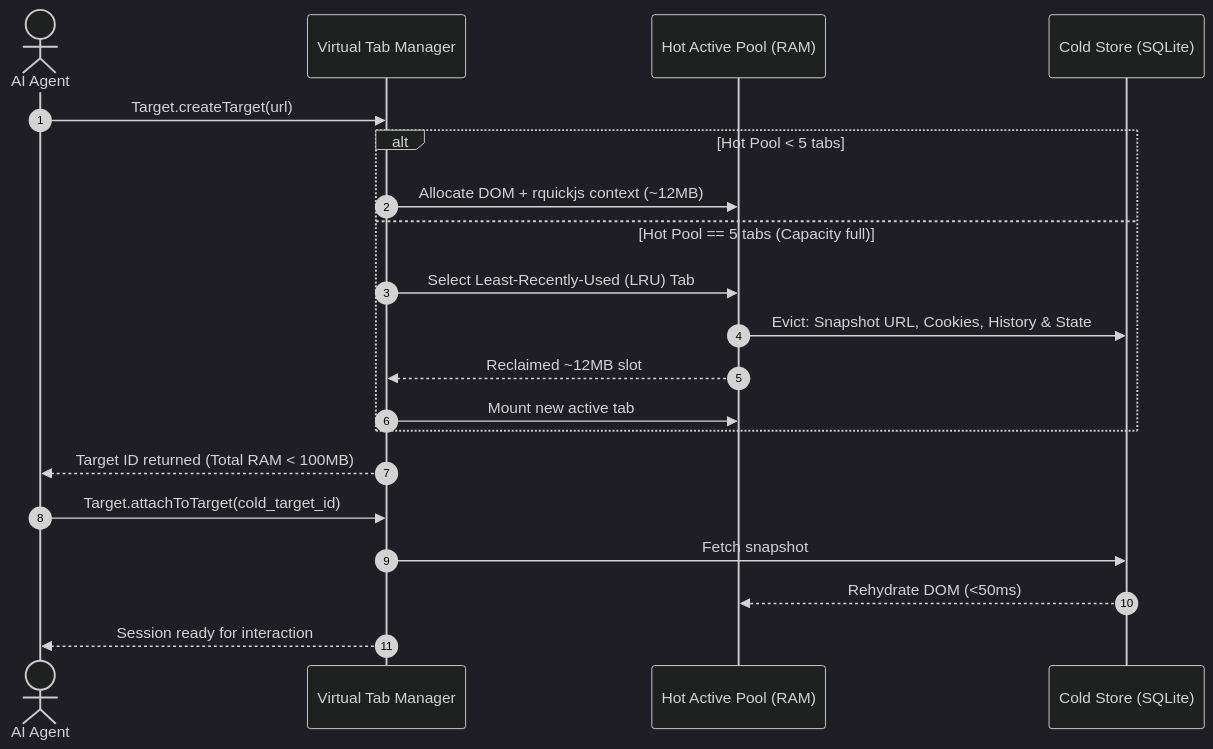
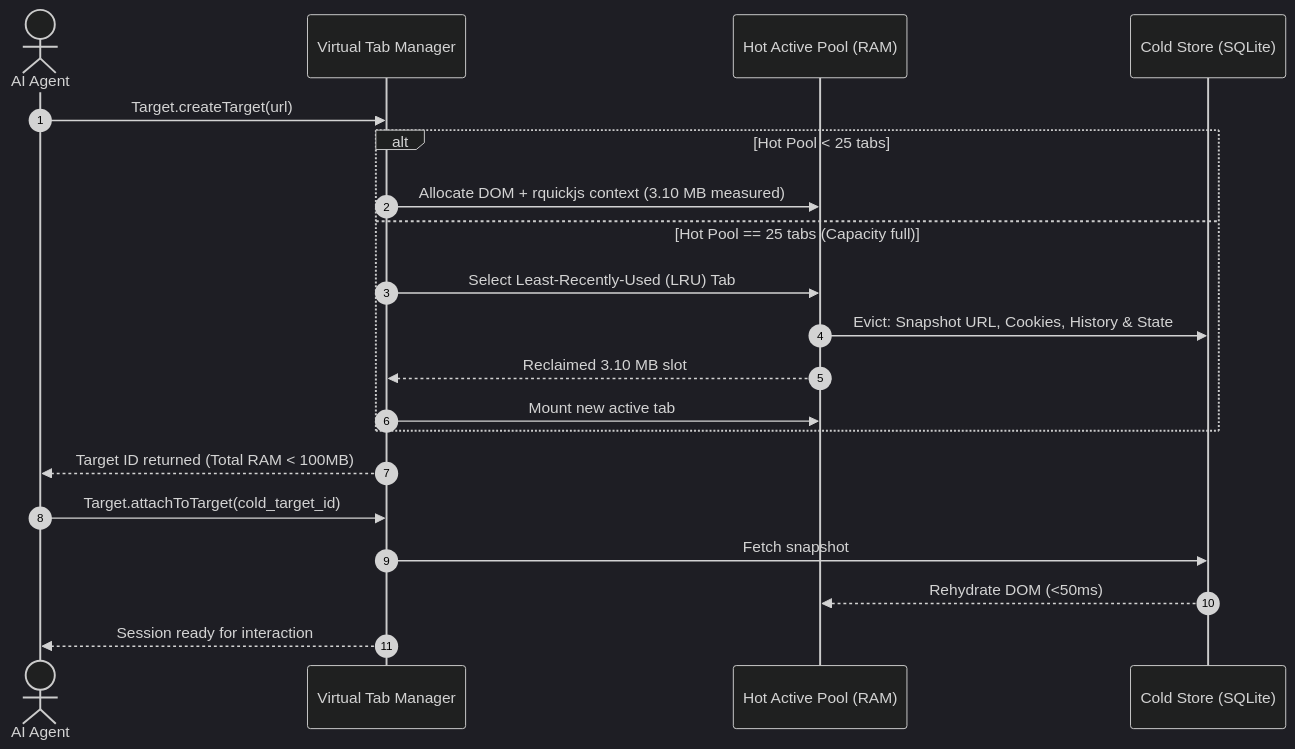
Before and after one commit to adi805/opencrabs-browser: the second of 2 diagrams in docs/prd/PRD-MESIN-RUST 071126-1413.md, drawn with Mermaid (dark theme). The commit also changed other lines of this file and 3 other files, not shown here.

First line of the commit message:
docs(prd): revise the memory target from a measured per-tab cost

````diff
--- a/docs/prd/PRD-MESIN-RUST 071126-1413.md
+++ b/docs/prd/PRD-MESIN-RUST 071126-1413.md
@@ -50,23 +50,23 @@
 ```mermaid
 sequenceDiagram
     autonumber
     actor Agent as AI Agent
     participant TabMgr as Virtual Tab Manager
     participant HotPool as Hot Active Pool (RAM)
     participant ColdStore as Cold Store (SQLite)
 
     Agent->>TabMgr: Target.createTarget(url)
-    alt Hot Pool < 5 tabs
-        TabMgr->>HotPool: Allocate DOM + rquickjs context (~12MB)
-    else Hot Pool == 5 tabs (Capacity full)
+    alt Hot Pool < 25 tabs
+        TabMgr->>HotPool: Allocate DOM + rquickjs context (3.10 MB measured)
+    else Hot Pool == 25 tabs (Capacity full)
         TabMgr->>HotPool: Select Least-Recently-Used (LRU) Tab
         HotPool->>ColdStore: Evict: Snapshot URL, Cookies, History & State
-        HotPool-->>TabMgr: Reclaimed ~12MB slot
+        HotPool-->>TabMgr: Reclaimed 3.10 MB slot
         TabMgr->>HotPool: Mount new active tab
     end
     TabMgr-->>Agent: Target ID returned (Total RAM < 100MB)
     Agent->>TabMgr: Target.attachToTarget(cold_target_id)
     TabMgr->>ColdStore: Fetch snapshot
     ColdStore-->>HotPool: Rehydrate DOM (<50ms)
     TabMgr-->>Agent: Session ready for interaction
 ```
````
